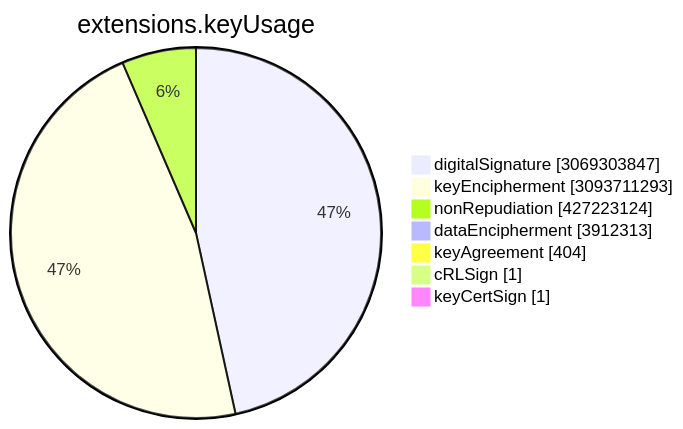
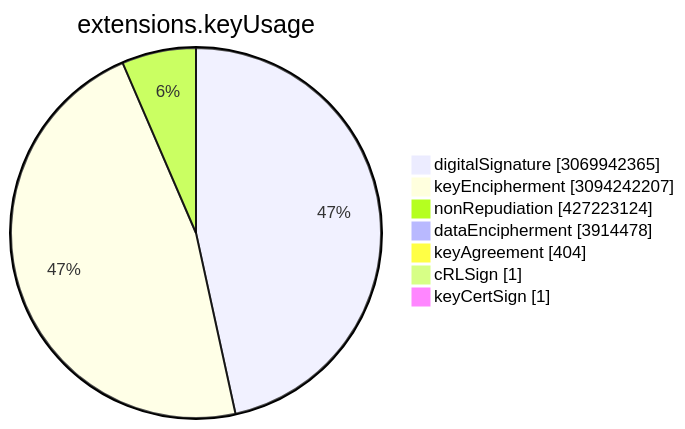
The sixth of 15 diagrams in TOTAL/README.md (christiankrug/ctmonitor_visualization), drawn with Mermaid before and after one commit. The commit also changed other lines of this file, not shown here.

````diff
--- a/TOTAL/README.md
+++ b/TOTAL/README.md
@@ -3077,11 +3077,11 @@
 ```mermaid
 pie showData
 title extensions.keyUsage
-"digitalSignature" :3069303847
-"keyEncipherment" :3093711293
+"digitalSignature" :3069942365
+"keyEncipherment" :3094242207
 "nonRepudiation" :427223124
-"dataEncipherment" :3912313
+"dataEncipherment" :3914478
 "keyAgreement" :404
 "cRLSign" :1
 "keyCertSign" :1
 ```
````
